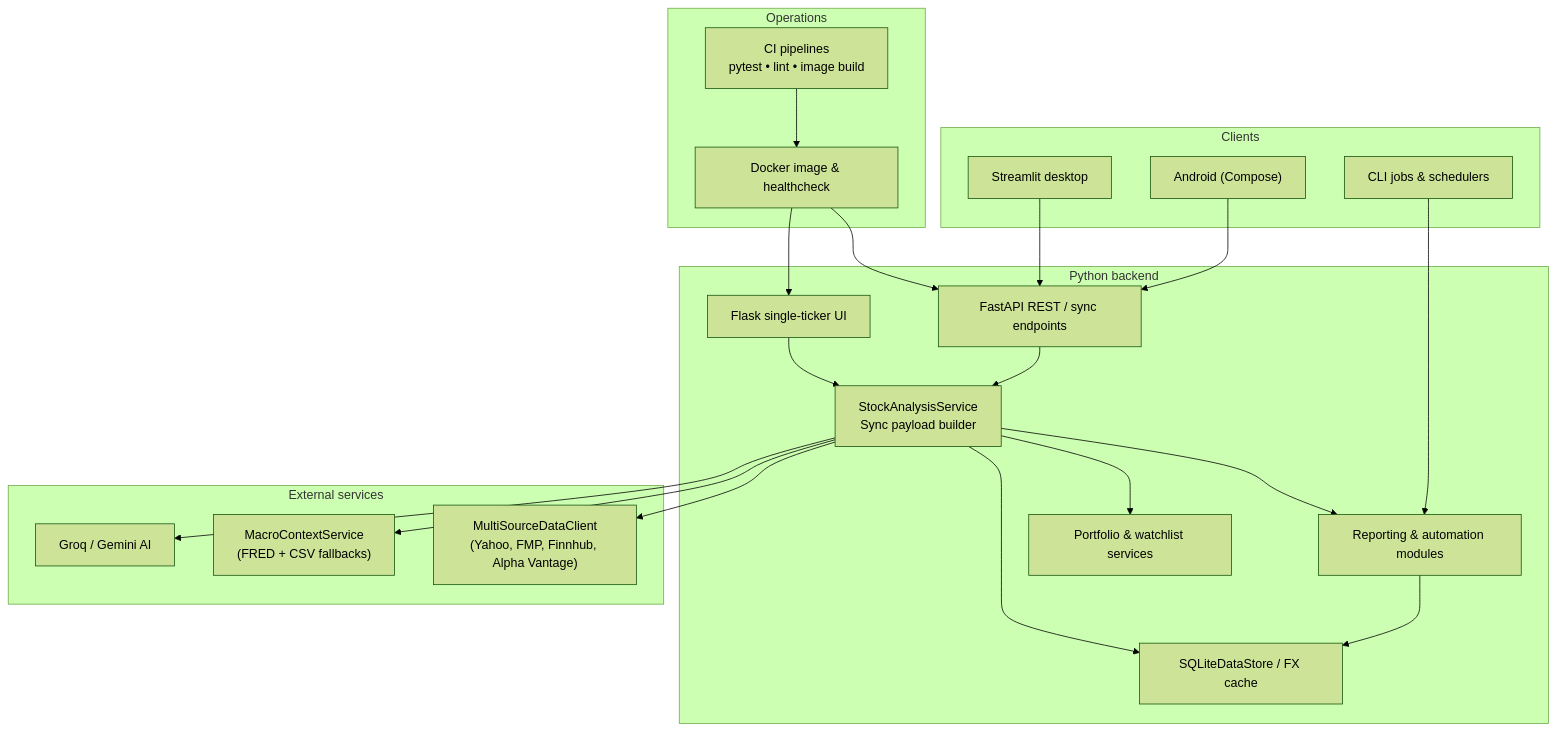
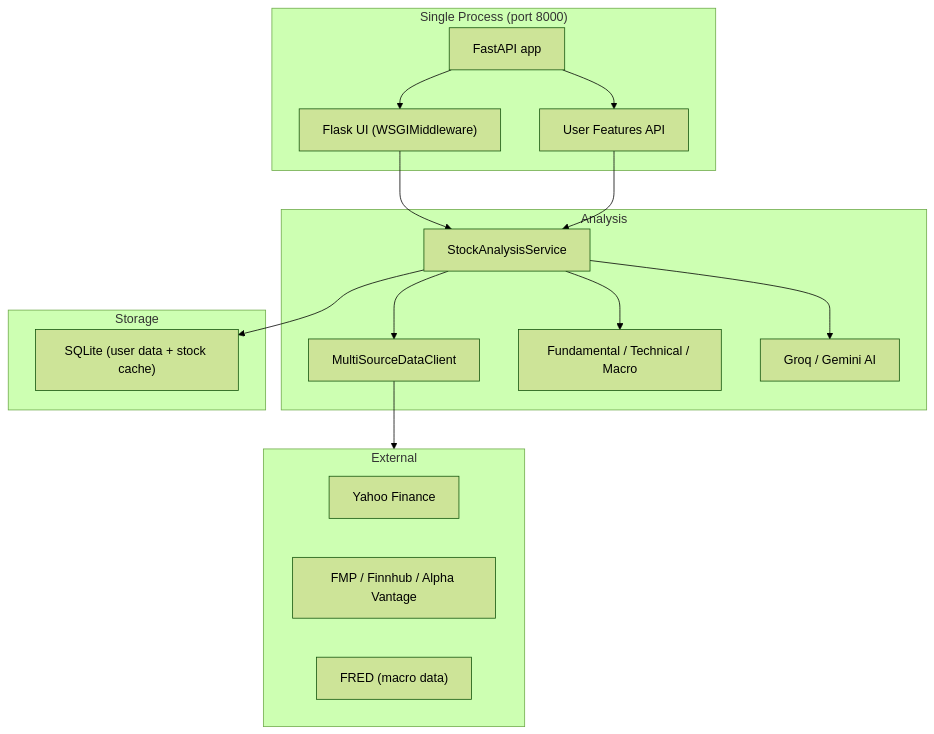
One commit to eins53740/BD_StockEvaluator changed the diagram in README.md. Above: the diagram before and after it, drawn with Mermaid (forest theme). The commit also changed other lines of this file and 3 other files, not shown here.

First line of the commit message:
Rewrite README for unified architecture, fix __main__.py and cleanup

````diff
--- a/README.md
+++ b/README.md
@@ -188,44 +37,34 @@
 ```mermaid
 flowchart TB
-    subgraph Clients
-        ST[Streamlit desktop]
-        AndroidClient["Android (Compose)"]
-        Jobs[CLI jobs & schedulers]
+    subgraph "Single Process (port 8000)"
+        FastAPI["FastAPI app"]
+        Flask["Flask UI (WSGIMiddleware)"]
+        UserAPI["User Features API"]
     end
 
-    subgraph Backend["Python backend"]
-        API["FastAPI REST / sync endpoints"]
-        Flask["Flask single-ticker UI"]
-        Service["StockAnalysisService\nSync payload builder"]
-        ReportsMod["Reporting & automation modules"]
-        Portfolio["Portfolio & watchlist services"]
-        DataStore["SQLiteDataStore / FX cache"]
+    subgraph Analysis
+        Service["StockAnalysisService"]
+        Data["MultiSourceDataClient"]
+        Analyzers["Fundamental / Technical / Macro"]
+        LLM["Groq / Gemini AI"]
     end
 
-    subgraph Providers["External services"]
-        MultiSource["MultiSourceDataClient\n(Yahoo, FMP, Finnhub, Alpha Vantage)"]
-        Macro["MacroContextService\n(FRED + CSV fallbacks)"]
-        AIEngines["Groq / Gemini AI"]
+    subgraph Storage
+        SQLite["SQLite (user data + stock cache)"]
     end
 
-    subgraph Operations
-        Docker["Docker image & healthcheck"]
-        CI["CI pipelines\npytest • lint • image build"]
+    subgraph External
+        Yahoo["Yahoo Finance"]
+        FMP["FMP / Finnhub / Alpha Vantage"]
+        FRED["FRED (macro data)"]
     end
 
-    ST --> API
-    AndroidClient --> API
-    Jobs --> ReportsMod
-    API --> Service
+    FastAPI --> Flask
+    FastAPI --> UserAPI
     Flask --> Service
-    Service --> ReportsMod
-    Service --> Portfolio
-    Service --> DataStore
-    Service --> MultiSource
-    Service --> Macro
-    Service --> AIEngines
-    ReportsMod --> DataStore
-    Docker --> API
-    Docker --> Flask
-    CI --> Docker
+    UserAPI --> Service
+    Service --> Data --> External
+    Service --> Analyzers
+    Service --> LLM
+    Service --> SQLite
 ```
````
